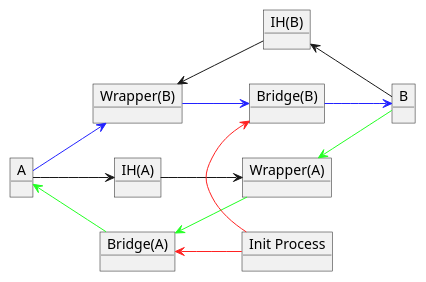
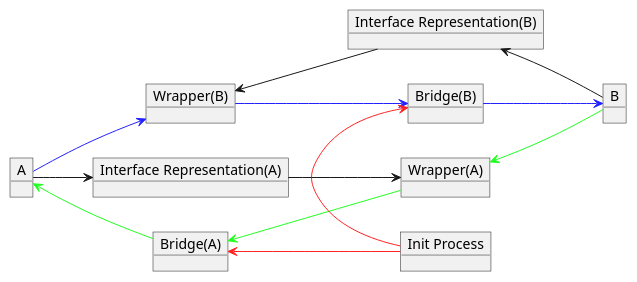
The second of 5 diagrams in docs/process.pu (Sharp0802/lilac), drawn with PlantUML before and after one commit. The commit also changed other lines of this file and 10 other files, not shown here.

Commit message:
:bento: Update diagrams for docs

```diff
--- a/docs/process.pu
+++ b/docs/process.pu
@@ -33,32 +33,32 @@
 @startuml bi-process
 
 left to right direction
 
 object A
 object "Wrapper(A)" as wA
 object "Bridge(A)" as bA
-object "IH(A)" as ihA
+object "Interface Representation(A)" as ihA
 
 object B
 object "Wrapper(B)" as wB
-object "IH(B)" as ihB
+object "Interface Representation(B)" as ihB
 object "Bridge(B)" as bB
 
 object "Init Process" as I
 
 A -[#2222FF]-> wB
 A --> ihA
 ihA --> wA
 wB -[#2222FF]-> bB
 bB -[#2222FF]-> B
 
 wA <-[#22FF22]- B
 ihB <-- B
 wB <-- ihB
 bA <-[#22FF22]- wA
 A <-[#22FF22]- bA
 
 I --left[#FF2222]--> bB
 I --left[#FF2222]--> bA
 
 @enduml
```
